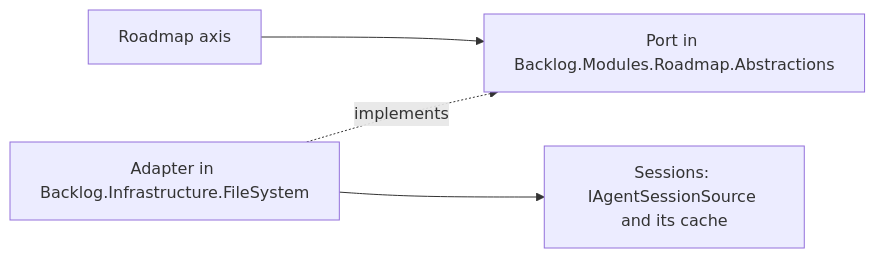
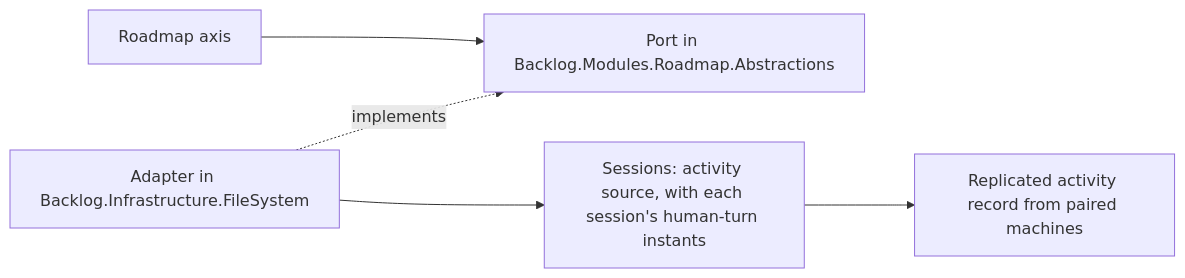
One commit to JSdotNet/Backlog changed the third of 5 diagrams in .devbook/arc42/adr/0019-roadmap-counts-the-working-week.md. Above: the diagram before and after it, drawn with Mermaid. The commit also changed other lines of this file and 12 other files, not shown here.

````diff
--- a/.devbook/arc42/adr/0019-roadmap-counts-the-working-week.md
+++ b/.devbook/arc42/adr/0019-roadmap-counts-the-working-week.md
@@ -284,6 +402,7 @@
 ```mermaid
 flowchart LR
     A["Roadmap axis"] --> B["Port in Backlog.Modules.Roadmap.Abstractions"]
     C["Adapter in Backlog.Infrastructure.FileSystem"] -. implements .-> B
-    C --> D["Sessions: IAgentSessionSource and its cache"]
+    C --> D["Sessions: activity source, with each session's human-turn instants"]
+    D --> E["Replicated activity record from paired machines"]
 ```
````
